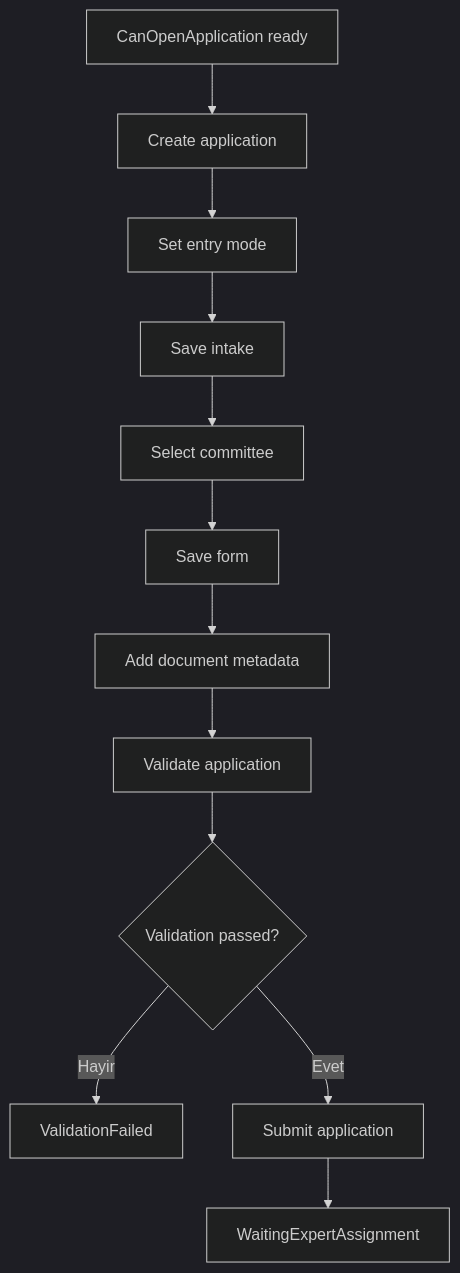
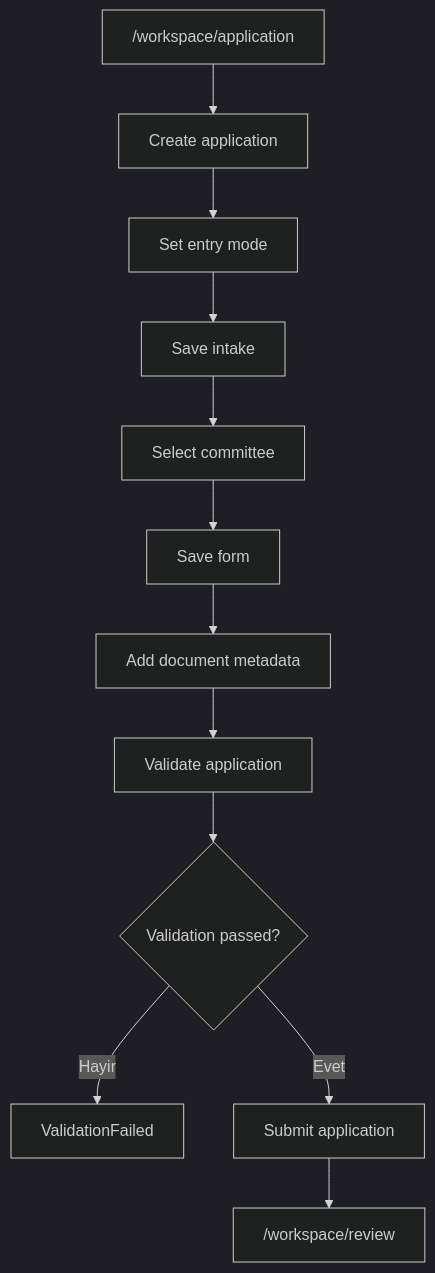
The fourth of 7 diagrams in project_docs/workflows.md (ilkerunsal/etik-kurul-platform), drawn with Mermaid (dark theme) before and after one commit. The commit also changed other lines of this file and 4 other files, not shown here.

````diff
--- a/project_docs/workflows.md
+++ b/project_docs/workflows.md
@@ -90,14 +93,14 @@
 ```mermaid
 flowchart TD
-    A["CanOpenApplication ready"] --> B["Create application"]
+    A["/workspace/application"] --> B["Create application"]
     B --> C["Set entry mode"]
     C --> D["Save intake"]
     D --> E["Select committee"]
     E --> F["Save form"]
     F --> G["Add document metadata"]
     G --> H["Validate application"]
     H --> I{"Validation passed?"}
     I -->|Hayir| J["ValidationFailed"]
     I -->|Evet| K["Submit application"]
-    K --> L["WaitingExpertAssignment"]
+    K --> L["/workspace/review"]
 ```
````
